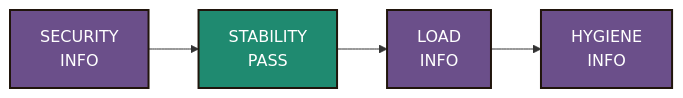
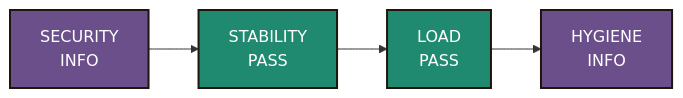
Before and after one commit to businessofmmm-wq/WorldCup2026: the diagram in AUDIT.md, drawn with Mermaid. The commit also changed other lines of this file and 42 other files, not shown here.

````diff
--- a/AUDIT.md
+++ b/AUDIT.md
@@ -9,12 +9,12 @@
 ```mermaid
 flowchart LR
   SECURITY["SECURITY<br/>INFO"]
   style SECURITY fill:#6b4f8a,stroke:#20150c,color:#fff,stroke-width:2px
   STABILITY["STABILITY<br/>PASS"]
   style STABILITY fill:#1f8a70,stroke:#20150c,color:#fff,stroke-width:2px
-  LOAD["LOAD<br/>INFO"]
-  style LOAD fill:#6b4f8a,stroke:#20150c,color:#fff,stroke-width:2px
+  LOAD["LOAD<br/>PASS"]
+  style LOAD fill:#1f8a70,stroke:#20150c,color:#fff,stroke-width:2px
   HYGIENE["HYGIENE<br/>INFO"]
   style HYGIENE fill:#6b4f8a,stroke:#20150c,color:#fff,stroke-width:2px
   SECURITY --> STABILITY --> LOAD --> HYGIENE
 ```
````
